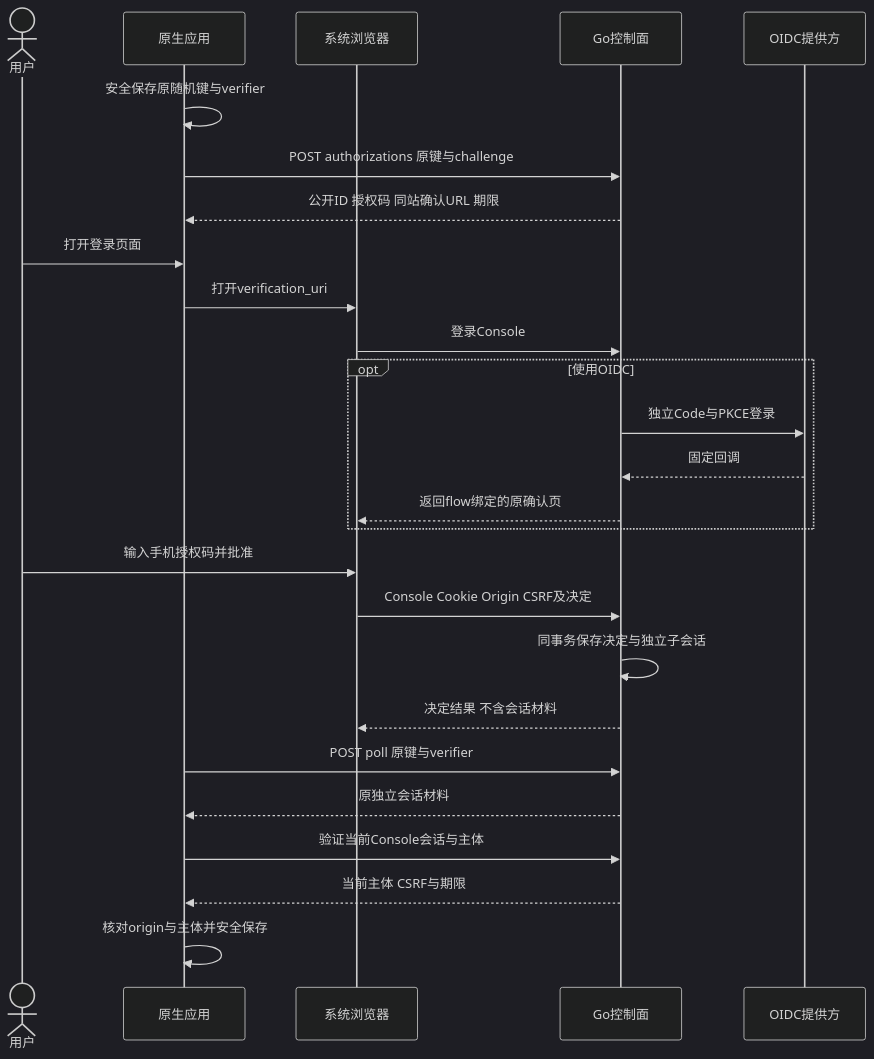
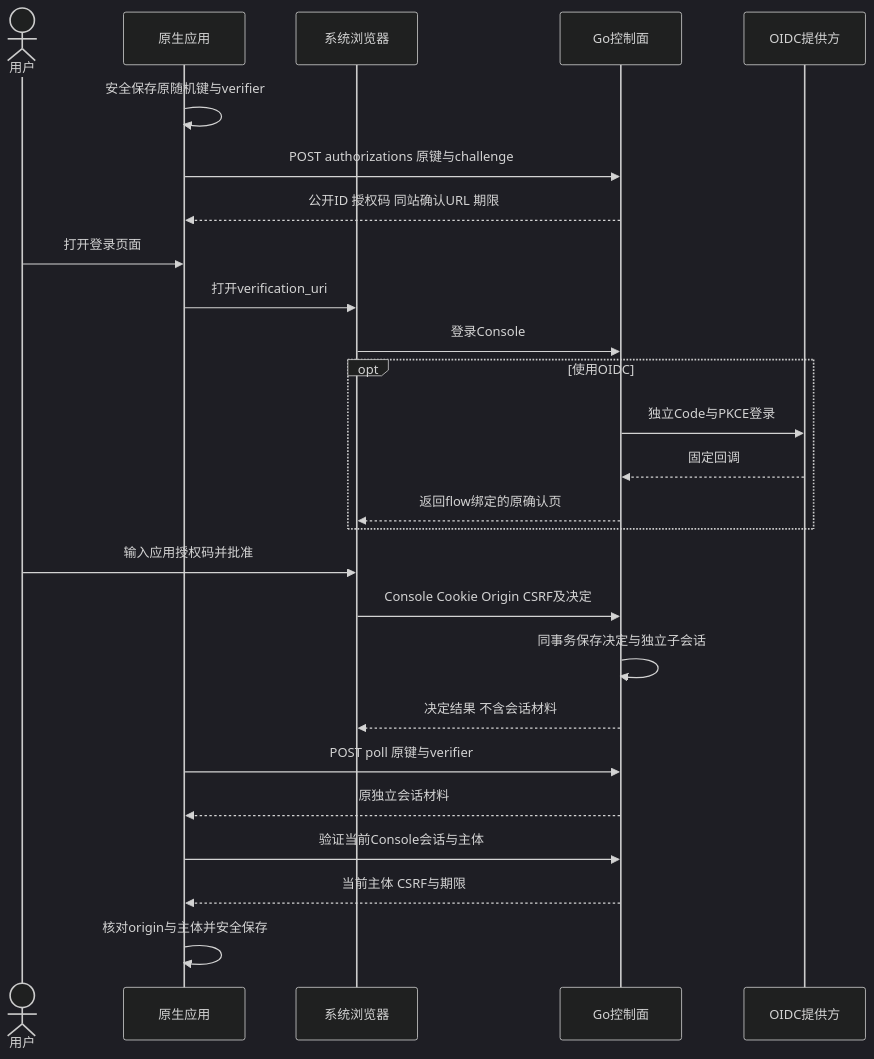
One commit to limecloud/iot changed the first of 2 diagrams in contracts/control-native.md. Above: the diagram before and after it, drawn with Mermaid (dark theme). The commit also changed other lines of this file and 28 other files, not shown here.

````diff
--- a/contracts/control-native.md
+++ b/contracts/control-native.md
@@ -9,28 +9,28 @@
 ```mermaid
 sequenceDiagram
   actor U as 用户
   participant A as 原生应用
   participant B as 系统浏览器
   participant C as Go控制面
   participant I as OIDC提供方
   A->>A: 安全保存原随机键与verifier
   A->>C: POST authorizations 原键与challenge
   C-->>A: 公开ID 授权码 同站确认URL 期限
   U->>A: 打开登录页面
   A->>B: 打开verification_uri
   B->>C: 登录Console
   opt 使用OIDC
     C->>I: 独立Code与PKCE登录
     I-->>C: 固定回调
     C-->>B: 返回flow绑定的原确认页
   end
-  U->>B: 输入手机授权码并批准
+  U->>B: 输入应用授权码并批准
   B->>C: Console Cookie Origin CSRF及决定
   C->>C: 同事务保存决定与独立子会话
   C-->>B: 决定结果 不含会话材料
   A->>C: POST poll 原键与verifier
   C-->>A: 原独立会话材料
   A->>C: 验证当前Console会话与主体
   C-->>A: 当前主体 CSRF与期限
   A->>A: 核对origin与主体并安全保存
 ```
````
